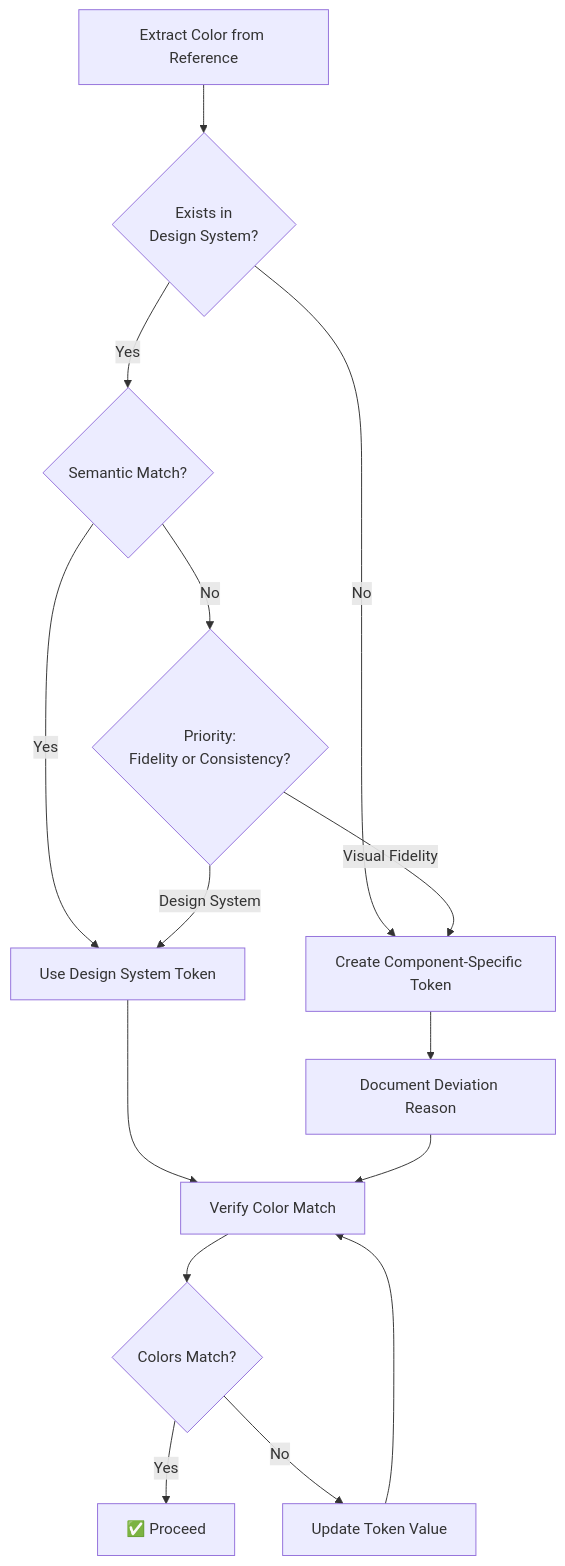
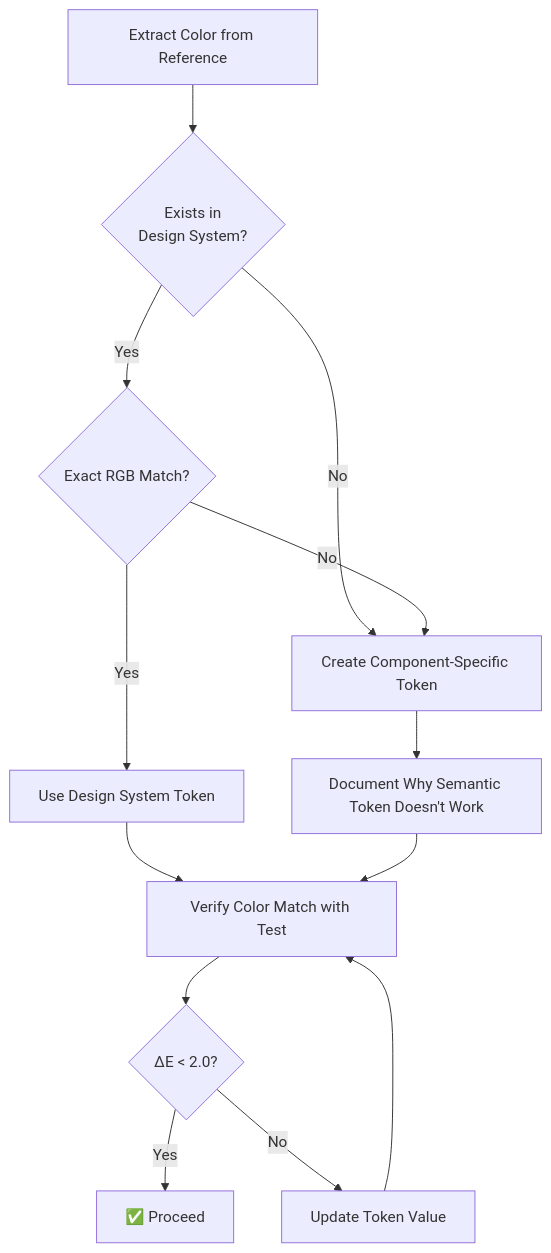
Before and after one commit to mwyuwono/m3-design-v2: the diagram in COMPONENT-REPLACEMENT-PROMPT.md, drawn with Mermaid. The commit also changed other lines of this file, not shown here.

````diff
--- a/COMPONENT-REPLACEMENT-PROMPT.md
+++ b/COMPONENT-REPLACEMENT-PROMPT.md
@@ -500,17 +500,15 @@
 ```mermaid
 graph TD
     Start[Extract Color from Reference] --> Compare{Exists in<br/>Design System?}
     Compare -->|No| CreateNew[Create Component-Specific Token]
-    Compare -->|Yes| CheckMatch{Semantic Match?}
+    Compare -->|Yes| CheckMatch{Exact RGB Match?}
     CheckMatch -->|Yes| UseToken[Use Design System Token]
-    CheckMatch -->|No| Priority{Priority:<br/>Fidelity or Consistency?}
-    Priority -->|Visual Fidelity| CreateNew
-    Priority -->|Design System| UseToken
-    CreateNew --> Document[Document Deviation Reason]
-    UseToken --> VerifyColor[Verify Color Match]
+    CheckMatch -->|No| CreateNew
+    CreateNew --> Document[Document Why Semantic Token Doesn't Work]
+    UseToken --> VerifyColor[Verify Color Match with Test]
     Document --> VerifyColor
-    VerifyColor --> Pass{Colors Match?}
+    VerifyColor --> Pass{ΔE < 2.0?}
     Pass -->|Yes| Done[✅ Proceed]
     Pass -->|No| FixToken[Update Token Value]
     FixToken --> VerifyColor
 ```
````
